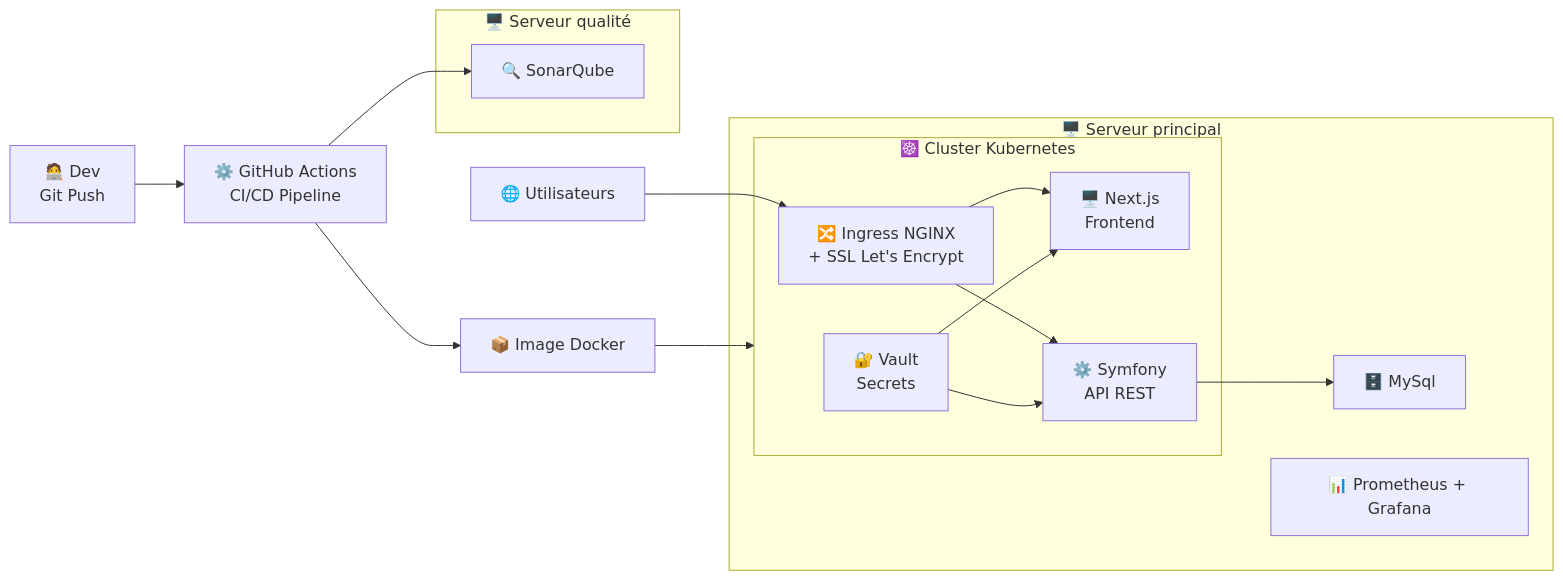
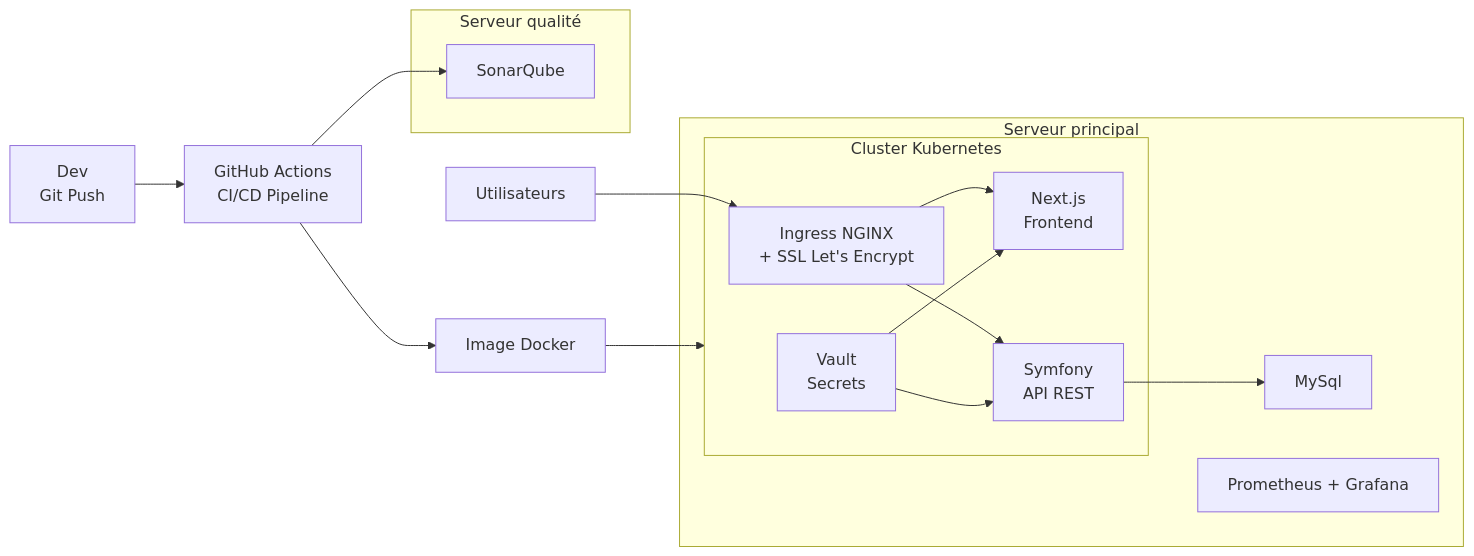
Before and after one commit to etho01/slidedev: the diagram in maisonEpouvante/slides.md, drawn with Mermaid. The commit also changed other lines of this file and 5 other files, not shown here.

````diff
--- a/maisonEpouvante/slides.md
+++ b/maisonEpouvante/slides.md
@@ -584,25 +568,25 @@
 ```mermaid {scale: 0.6}
 graph LR
-  DEV["🧑‍💻 Dev\nGit Push"] --> CICD["⚙️ GitHub Actions\nCI/CD Pipeline"]
-  CICD --> IMG["📦 Image Docker"]
+  DEV["Dev\nGit Push"] --> CICD[" GitHub Actions\nCI/CD Pipeline"]
+  CICD --> IMG[" Image Docker"]
   IMG --> K8S
 
-  subgraph SRV["🖥️ Serveur principal"]
-    subgraph K8S["☸️ Cluster Kubernetes"]
-      ING["🔀 Ingress NGINX\n+ SSL Let's Encrypt"]
-      ING --> FE["🖥️ Next.js\nFrontend"]
-      ING --> BE["⚙️ Symfony\nAPI REST"]
-      VAULT["🔐 Vault\nSecrets"] --> FE & BE
+  subgraph SRV[" Serveur principal"]
+    subgraph K8S[" Cluster Kubernetes"]
+      ING[" Ingress NGINX\n+ SSL Let's Encrypt"]
+      ING --> FE[" Next.js\nFrontend"]
+      ING --> BE[" Symfony\nAPI REST"]
+      VAULT[" Vault\nSecrets"] --> FE & BE
     end
-    DB["🗄️ MySql"]
-    MON["📊 Prometheus + Grafana"]
+    DB[" MySql"]
+    MON[" Prometheus + Grafana"]
     BE --> DB
   end
 
-  subgraph SRV2["🖥️ Serveur qualité"]
-    SONAR["🔍 SonarQube"]
+  subgraph SRV2[" Serveur qualité"]
+    SONAR[" SonarQube"]
   end
 
   CICD --> SONAR
-  USERS["🌐 Utilisateurs"] --> ING
+  USERS[" Utilisateurs"] --> ING
 ```
````
